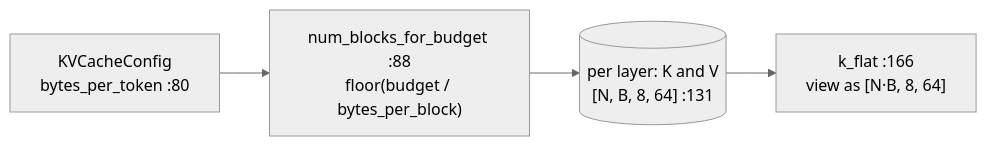
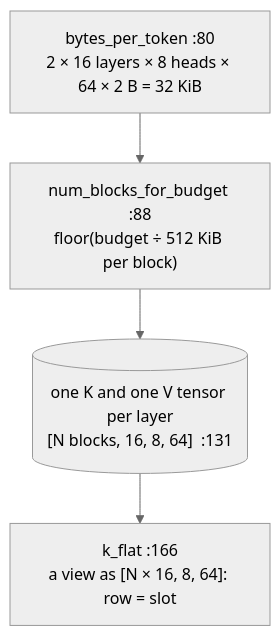
Before and after one commit to jayavardhan-g/projects-vault: the seventh of 7 diagrams in Interview prep/Days/Day 01 - mini-vLLM I.md, drawn with Mermaid (neutral theme). The commit also changed other lines of this file and 2 other files, not shown here.

First line of the commit message:
projects: Day 1 "Code, explained" as a shape-by-shape trace of one forward pass + paged-KV-cache deep dive; full-width diagram CSS snippet

````diff
--- a/Interview prep/Days/Day 01 - mini-vLLM I.md
+++ b/Interview prep/Days/Day 01 - mini-vLLM I.md
@@ -433,6 +753,6 @@
 ```mermaid
-flowchart LR
-  C["KVCacheConfig<br/>bytes_per_token :80"] --> NB["num_blocks_for_budget :88<br/>floor(budget / bytes_per_block)"]
-  NB --> T[("per layer: K and V<br/>[N, B, 8, 64] :131")]
-  T --> FL["k_flat :166<br/>view as [N·B, 8, 64]"]
+flowchart TB
+  C["bytes_per_token :80<br/>2 × 16 layers × 8 heads × 64 × 2 B = 32 KiB"] --> NB["num_blocks_for_budget :88<br/>floor(budget ÷ 512 KiB per block)"]
+  NB --> T[("one K and one V tensor per layer<br/>[N blocks, 16, 8, 64]  :131")]
+  T --> FL["k_flat :166<br/>a view as [N × 16, 8, 64]: row = slot"]
 ```
````
